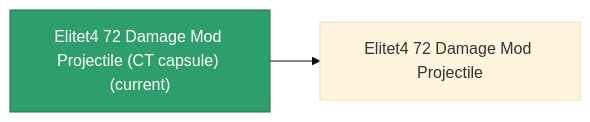
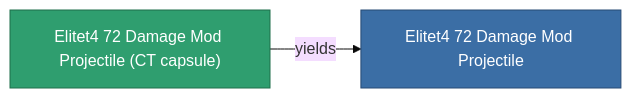
One commit to OpenPerpetuum/Wiki changed the diagram in content/content/items/elitet4_72_damage_mod_projectile_CT_capsule.md. Above: the diagram before and after it, drawn with Mermaid (base theme). The commit also changed other lines of this file and 2015 other files, not shown here.

````diff
--- a/content/content/items/elitet4_72_damage_mod_projectile_CT_capsule.md
+++ b/content/content/items/elitet4_72_damage_mod_projectile_CT_capsule.md
@@ -33,8 +33,9 @@
 ```mermaid
 graph LR
-    a["Elitet4 72 Damage Mod Projectile (CT capsule) (current)"]:::current
-    b["Elitet4 72 Damage Mod Projectile"]
-    a --> b
-    click b "/content/items/elitet4-72-damage-mod-projectile/" "Elitet4 72 Damage Mod Projectile"
+    a["Elitet4 72 Damage Mod Projectile (CT capsule)"]:::current
+    b["Elitet4 72 Damage Mod Projectile"]:::finished
+    a -->|yields| b
+                click b "/content/items/elitet4-72-damage-mod-projectile/" "Elitet4 72 Damage Mod Projectile"
     classDef current fill:#2f9e6f,stroke:#1f6f4a,color:#ffffff
+    classDef finished fill:#3b6ea5,stroke:#274a75,color:#ffffff
 ```
````
